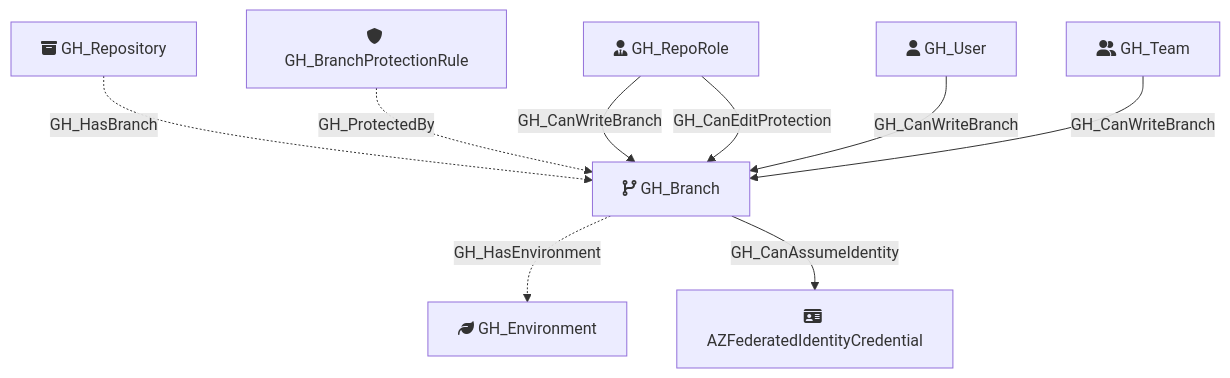
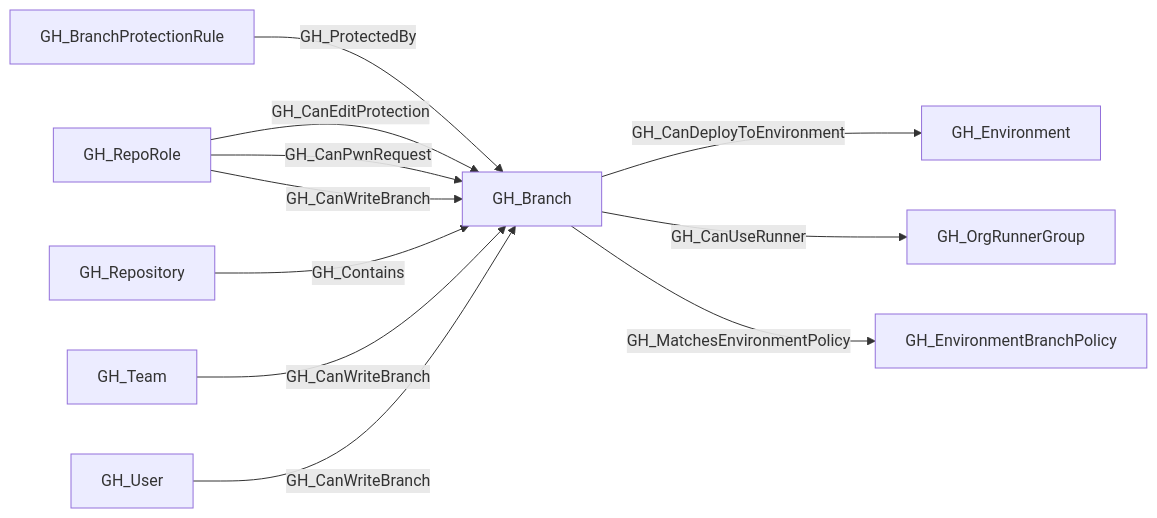
The second of 2 diagrams in docs/opengraph/extensions/github/nodes/gh_branch.mdx (SpecterOps/bloodhound-docs), drawn with Mermaid before and after one commit. The commit also changed other lines of this file and 292 other files, not shown here.

````diff
--- a/docs/opengraph/extensions/github/nodes/gh_branch.mdx
+++ b/docs/opengraph/extensions/github/nodes/gh_branch.mdx
@@ -47,21 +62,23 @@
 ```mermaid
-flowchart TD
-    GH_Branch[fa:fa-code-branch GH_Branch]
-    GH_Repository[fa:fa-box-archive GH_Repository]
-    GH_RepoRole[fa:fa-user-tie GH_RepoRole]
-    GH_BranchProtectionRule[fa:fa-shield GH_BranchProtectionRule]
-    GH_Environment[fa:fa-leaf GH_Environment]
-    GH_User[fa:fa-user GH_User]
-    GH_Team[fa:fa-user-group GH_Team]
-    AZFederatedIdentityCredential[fa:fa-id-card AZFederatedIdentityCredential]
+flowchart LR
 
-
-    GH_Repository -.->|GH_HasBranch| GH_Branch
-    GH_BranchProtectionRule -.->|GH_ProtectedBy| GH_Branch
-    GH_Branch -.->|GH_HasEnvironment| GH_Environment
-    GH_Branch -->|GH_CanAssumeIdentity| AZFederatedIdentityCredential
-    GH_RepoRole -->|GH_CanWriteBranch| GH_Branch
-    GH_RepoRole -->|GH_CanEditProtection| GH_Branch
-    GH_User -->|GH_CanWriteBranch| GH_Branch
-    GH_Team -->|GH_CanWriteBranch| GH_Branch
+    GH_Branch["GH_Branch"]
+    GH_BranchProtectionRule["GH_BranchProtectionRule"]
+    GH_Environment["GH_Environment"]
+    GH_EnvironmentBranchPolicy["GH_EnvironmentBranchPolicy"]
+    GH_OrgRunnerGroup["GH_OrgRunnerGroup"]
+    GH_RepoRole["GH_RepoRole"]
+    GH_Repository["GH_Repository"]
+    GH_Team["GH_Team"]
+    GH_User["GH_User"]
+    GH_Branch -- GH_CanDeployToEnvironment --> GH_Environment
+    GH_Branch -- GH_CanUseRunner --> GH_OrgRunnerGroup
+    GH_Branch -- GH_MatchesEnvironmentPolicy --> GH_EnvironmentBranchPolicy
+    GH_BranchProtectionRule -- GH_ProtectedBy --> GH_Branch
+    GH_RepoRole -- GH_CanEditProtection --> GH_Branch
+    GH_RepoRole -- GH_CanPwnRequest --> GH_Branch
+    GH_RepoRole -- GH_CanWriteBranch --> GH_Branch
+    GH_Repository -- GH_Contains --> GH_Branch
+    GH_Team -- GH_CanWriteBranch --> GH_Branch
+    GH_User -- GH_CanWriteBranch --> GH_Branch
 ```
````
